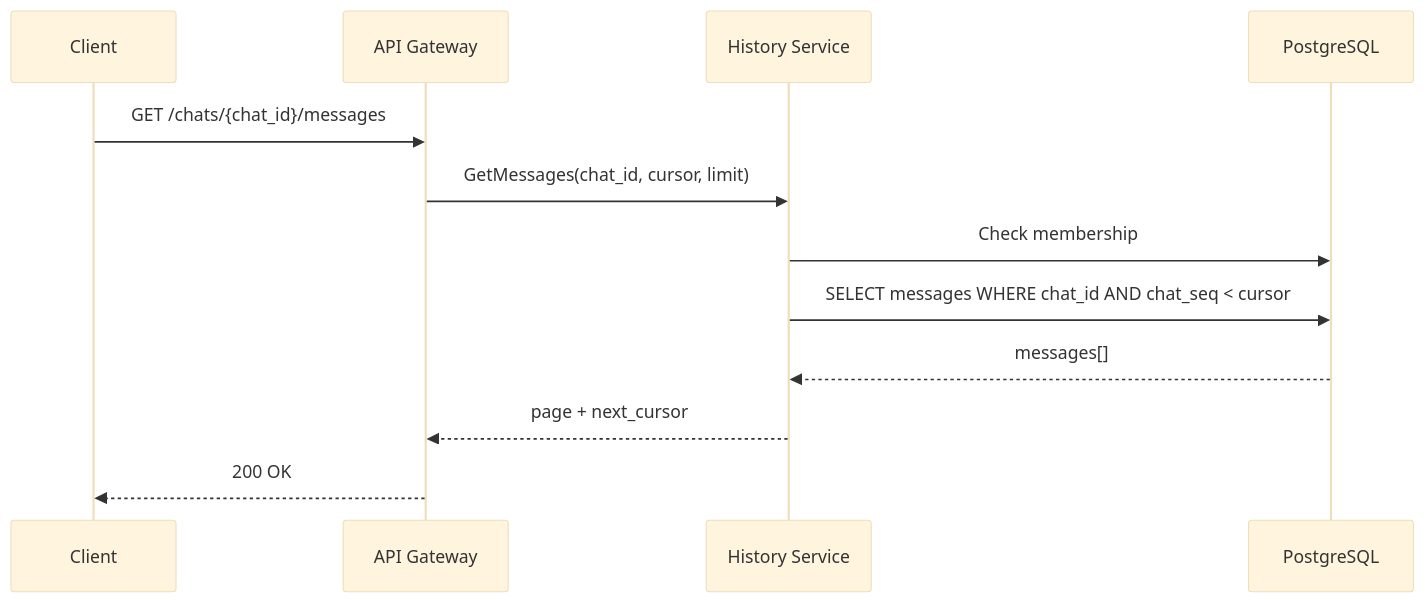
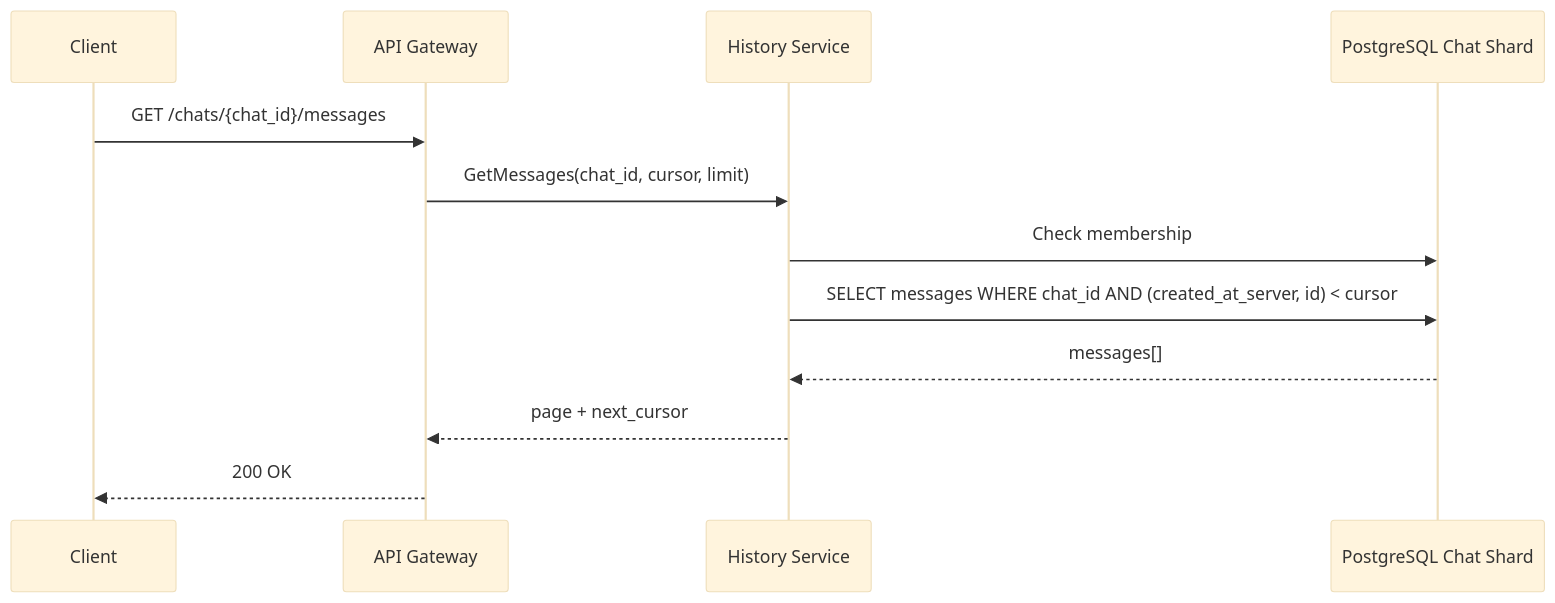
The fifth of 10 diagrams in technical_solution_messenger.md (jerempir/Technical-Solution-for-a-Messenger-System), drawn with Mermaid (base theme) before and after one commit. The commit also changed other lines of this file, not shown here.

````diff
--- a/technical_solution_messenger.md
+++ b/technical_solution_messenger.md
@@ -998,15 +1206,15 @@
 ```mermaid
 sequenceDiagram
     participant Client
     participant APIGW as API Gateway
     participant History as History Service
-    participant Postgres as PostgreSQL
+    participant Postgres as PostgreSQL Chat Shard
 
     Client->>APIGW: GET /chats/{chat_id}/messages
     APIGW->>History: GetMessages(chat_id, cursor, limit)
     History->>Postgres: Check membership
-    History->>Postgres: SELECT messages WHERE chat_id AND chat_seq < cursor
+    History->>Postgres: SELECT messages WHERE chat_id AND (created_at_server, id) < cursor
     Postgres-->>History: messages[]
     History-->>APIGW: page + next_cursor
     APIGW-->>Client: 200 OK
 ```
````
